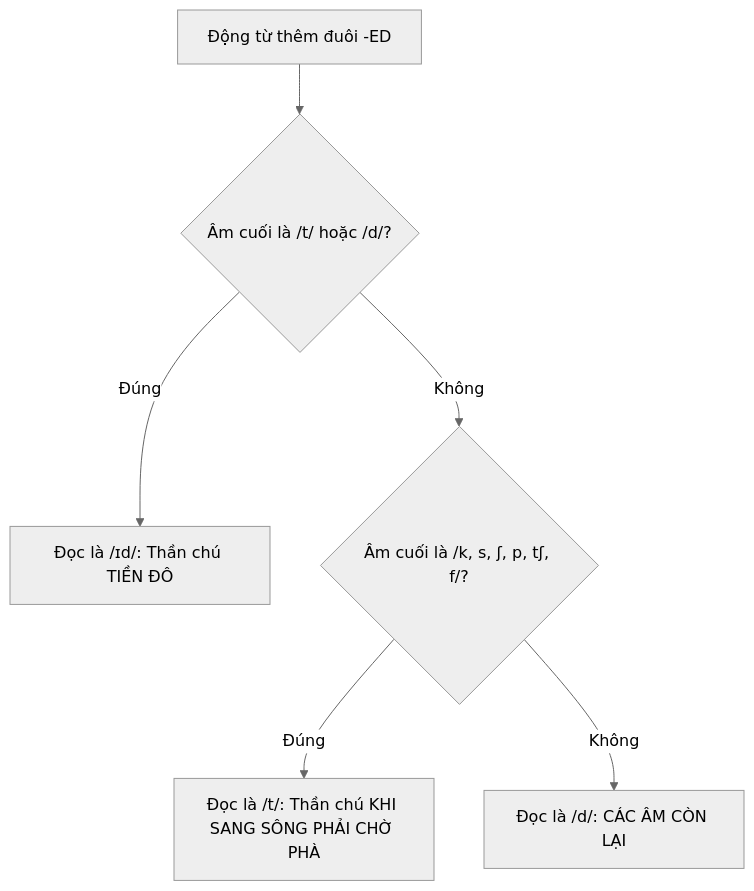
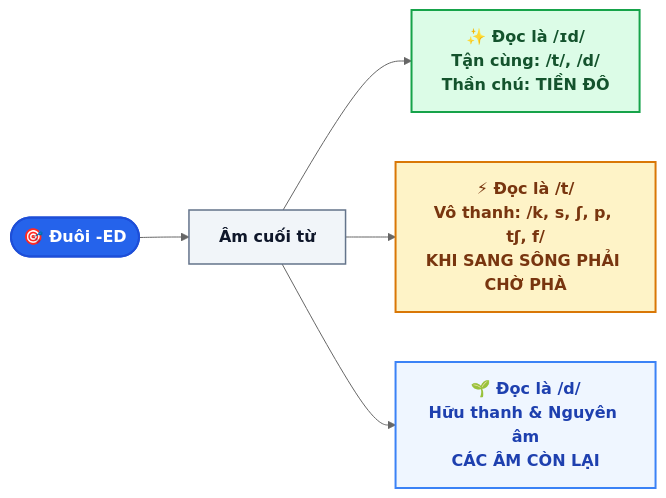
The diagram in chuyen_de_1_phat_am_ed_mastery.md (tuankiet2510/EnglishDocs), drawn with Mermaid (neutral theme) before and after one commit. The commit also changed other lines of this file and 86 other files, not shown here.

````diff
--- a/chuyen_de_1_phat_am_ed_mastery.md
+++ b/chuyen_de_1_phat_am_ed_mastery.md
@@ -13,8 +13,13 @@
 ```mermaid
-flowchart TD
-    A[Động từ thêm đuôi -ED] --> B{Âm cuối là /t/ hoặc /d/?}
-    B -- Đúng --> C[Đọc là /ɪd/: Thần chú TIỀN ĐÔ]
-    B -- Không --> D{Âm cuối là /k, s, ʃ, p, tʃ, f/?}
-    D -- Đúng --> E[Đọc là /t/: Thần chú KHI SANG SÔNG PHẢI CHỜ PHÀ]
-    D -- Không --> F[Đọc là /d/: CÁC ÂM CÒN LẠI]
+flowchart LR
+    A(["🎯 Đuôi -ED"]) --> B["Âm cuối từ"]
+    B --> C["✨ Đọc là /ɪd/<br/>Tận cùng: /t/, /d/<br/>Thần chú: TIỀN ĐÔ"]
+    B --> D["⚡ Đọc là /t/<br/>Vô thanh: /k, s, ʃ, p, tʃ, f/<br/>KHI SANG SÔNG PHẢI CHỜ PHÀ"]
+    B --> E["🌱 Đọc là /d/<br/>Hữu thanh & Nguyên âm<br/>CÁC ÂM CÒN LẠI"]
+    
+    style A fill:#2563eb,stroke:#1d4ed8,stroke-width:2px,color:#ffffff,font-weight:bold
+    style B fill:#f1f5f9,stroke:#64748b,stroke-width:1.5px,color:#0f172a,font-weight:bold
+    style C fill:#dcfce7,stroke:#16a34a,stroke-width:2px,color:#14532d,font-weight:bold
+    style D fill:#fef3c7,stroke:#d97706,stroke-width:2px,color:#78350f,font-weight:bold
+    style E fill:#eff6ff,stroke:#3b82f6,stroke-width:2px,color:#1e40af,font-weight:bold
 ```
````
